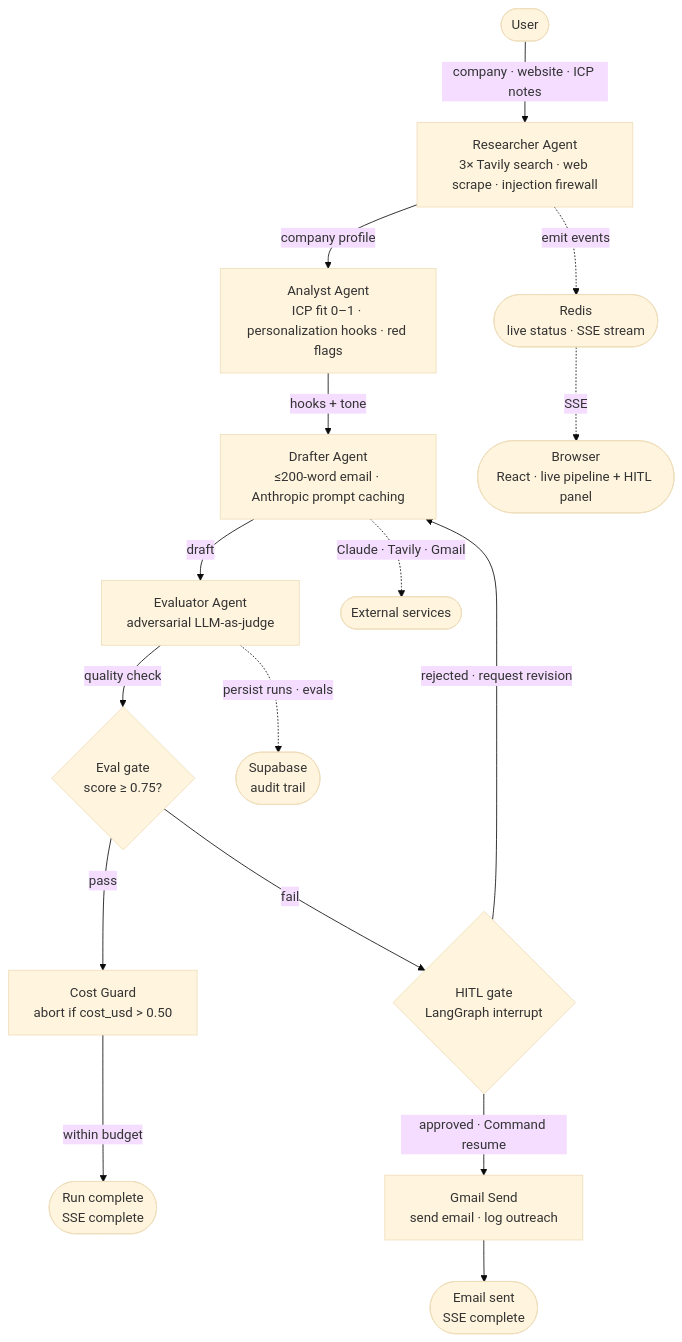
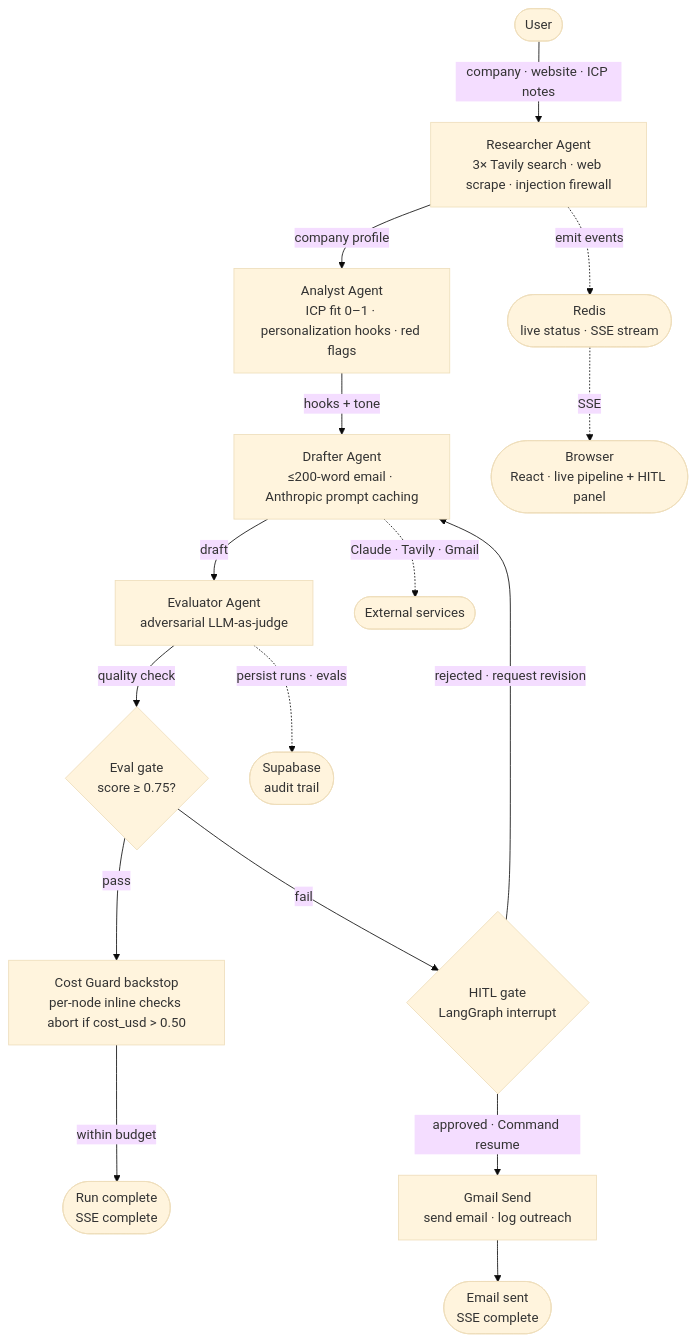
Before and after one commit to Subh24ai/AgentIQ: the diagram in README.md, drawn with Mermaid (base theme). The commit also changed other lines of this file and 6 other files, not shown here.

First line of the commit message:
feat(cost): inline per-node budget guard + price by actual model

````diff
--- a/README.md
+++ b/README.md
@@ -17,21 +19,21 @@
 ```mermaid
 graph TD
     A([User]) -->|company · website · ICP notes| B[Researcher Agent<br/>3× Tavily search · web scrape · injection firewall]
     B -->|company profile| C[Analyst Agent<br/>ICP fit 0–1 · personalization hooks · red flags]
     C -->|hooks + tone| D[Drafter Agent<br/>≤200-word email · Anthropic prompt caching]
     D -->|draft| E[Evaluator Agent<br/>adversarial LLM-as-judge]
 
     E -->|quality check| GATE{Eval gate<br/>score ≥ 0.75?}
-    GATE -->|pass| CG[Cost Guard<br/>abort if cost_usd > 0.50]
+    GATE -->|pass| CG[Cost Guard backstop<br/>per-node inline checks abort if cost_usd > 0.50]
     CG -->|within budget| RES([Run complete<br/>SSE complete])
 
     GATE -->|fail| HITL{HITL gate<br/>LangGraph interrupt}
     HITL -->|approved · Command resume| SEND[Gmail Send<br/>send email · log outreach]
     SEND --> SENT([Email sent<br/>SSE complete])
     HITL -->|rejected · request revision| D
 
     B -.->|emit events| REDIS([Redis<br/>live status · SSE stream])
     E -.->|persist runs · evals| SUPA([Supabase<br/>audit trail])
     D -.->|Claude · Tavily · Gmail| EXT([External services])
     REDIS -.->|SSE| UI([Browser<br/>React · live pipeline + HITL panel])
 ```
````
